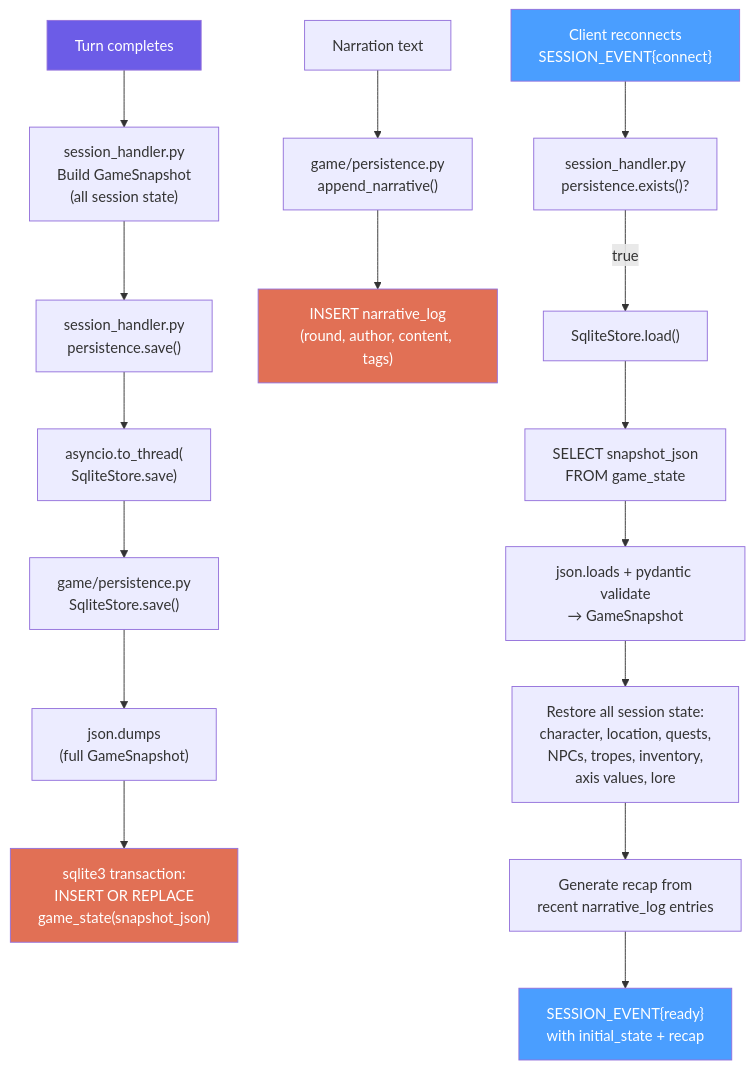
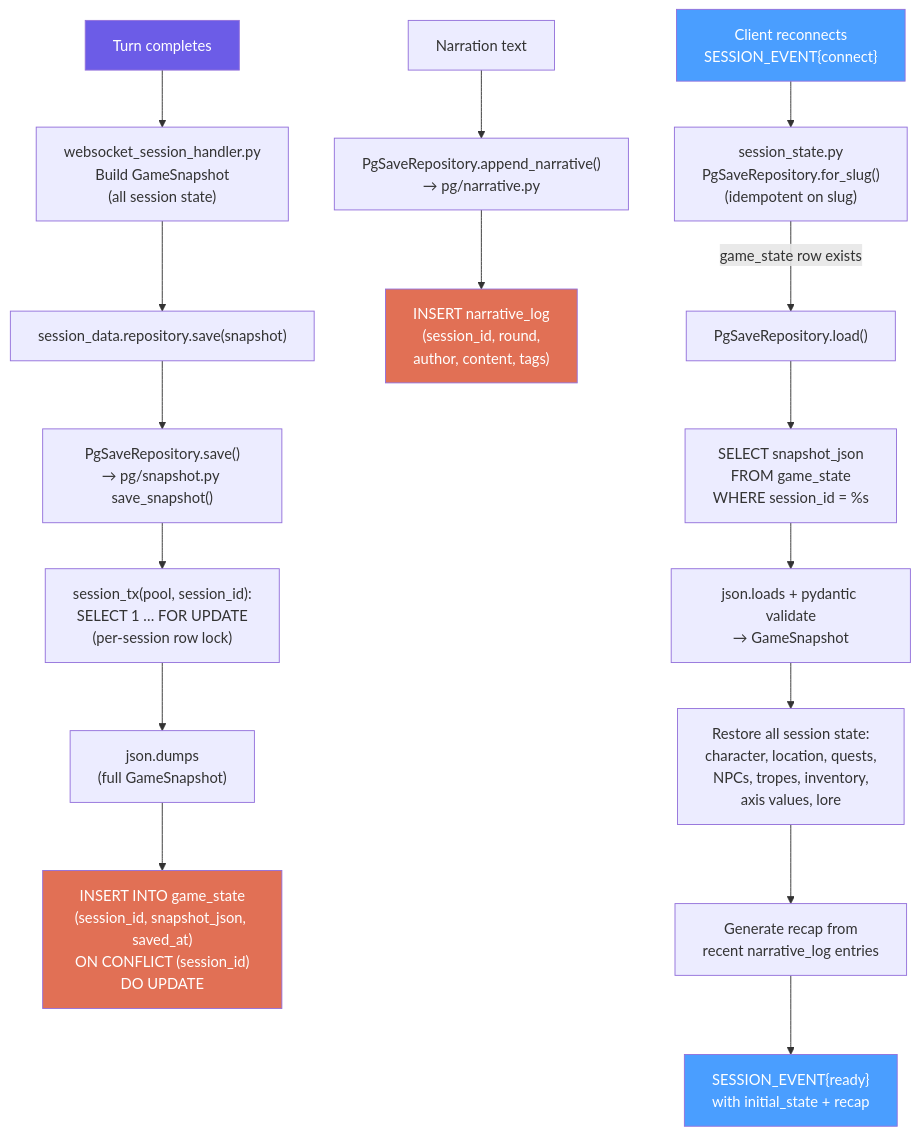
One commit to slabgorb-org/sidequest changed diagram 14 of 18 in docs/wiring-diagrams.md. Above: the diagram before and after it, drawn with Mermaid. The commit also changed other lines of this file, not shown here.

First line of the commit message:
docs(127-1): migrate wiring-diagrams persistence onto Postgres (ADR-115)

````diff
--- a/docs/wiring-diagrams.md
+++ b/docs/wiring-diagrams.md
@@ -734,27 +746,27 @@
 ```mermaid
 flowchart TD
-    A["Turn completes"] --> B["session_handler.py<br/>Build GameSnapshot<br/>(all session state)"]
-    B --> C["session_handler.py<br/>persistence.save()"]
-    C --> D["asyncio.to_thread(<br/>SqliteStore.save)"]
+    A["Turn completes"] --> B["websocket_session_handler.py<br/>Build GameSnapshot<br/>(all session state)"]
+    B --> C["session_data.repository.save(snapshot)"]
+    C --> D["PgSaveRepository.save()<br/>→ pg/snapshot.py save_snapshot()"]
 
-    D --> E["game/persistence.py<br/>SqliteStore.save()"]
+    D --> E["session_tx(pool, session_id):<br/>SELECT 1 … FOR UPDATE<br/>(per-session row lock)"]
     E --> F["json.dumps<br/>(full GameSnapshot)"]
-    F --> G["sqlite3 transaction:<br/>INSERT OR REPLACE<br/>game_state(snapshot_json)"]
+    F --> G["INSERT INTO game_state<br/>(session_id, snapshot_json, saved_at)<br/>ON CONFLICT (session_id)<br/>DO UPDATE"]
 
-    H["Narration text"] --> I["game/persistence.py<br/>append_narrative()"]
-    I --> J["INSERT narrative_log<br/>(round, author, content, tags)"]
+    H["Narration text"] --> I["PgSaveRepository.append_narrative()<br/>→ pg/narrative.py"]
+    I --> J["INSERT narrative_log<br/>(session_id, round,<br/>author, content, tags)"]
 
-    K["Client reconnects<br/>SESSION_EVENT{connect}"] --> L["session_handler.py<br/>persistence.exists()?"]
-    L -->|"true"| M["SqliteStore.load()"]
-    M --> N["SELECT snapshot_json<br/>FROM game_state"]
+    K["Client reconnects<br/>SESSION_EVENT{connect}"] --> L["session_state.py<br/>PgSaveRepository.for_slug()<br/>(idempotent on slug)"]
+    L -->|"game_state row exists"| M["PgSaveRepository.load()"]
+    M --> N["SELECT snapshot_json<br/>FROM game_state<br/>WHERE session_id = %s"]
     N --> O["json.loads + pydantic validate<br/>→ GameSnapshot"]
     O --> P["Restore all session state:<br/>character, location, quests,<br/>NPCs, tropes, inventory,<br/>axis values, lore"]
     P --> Q["Generate recap from<br/>recent narrative_log entries"]
     Q --> R["SESSION_EVENT{ready}<br/>with initial_state + recap"]
 
     style A fill:#6c5ce7,color:#fff
     style K fill:#4a9eff,color:#fff
     style R fill:#4a9eff,color:#fff
     style G fill:#e17055,color:#fff
     style J fill:#e17055,color:#fff
 ```
````
